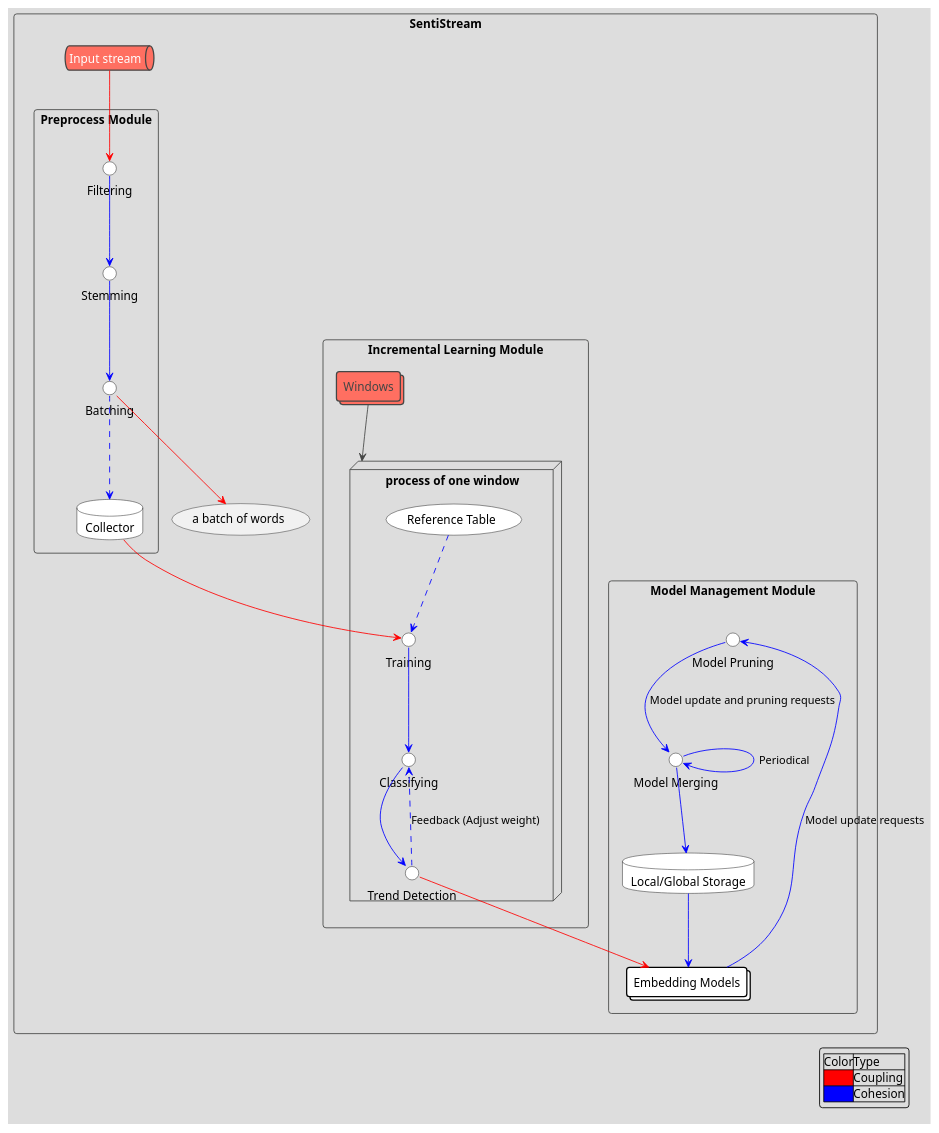
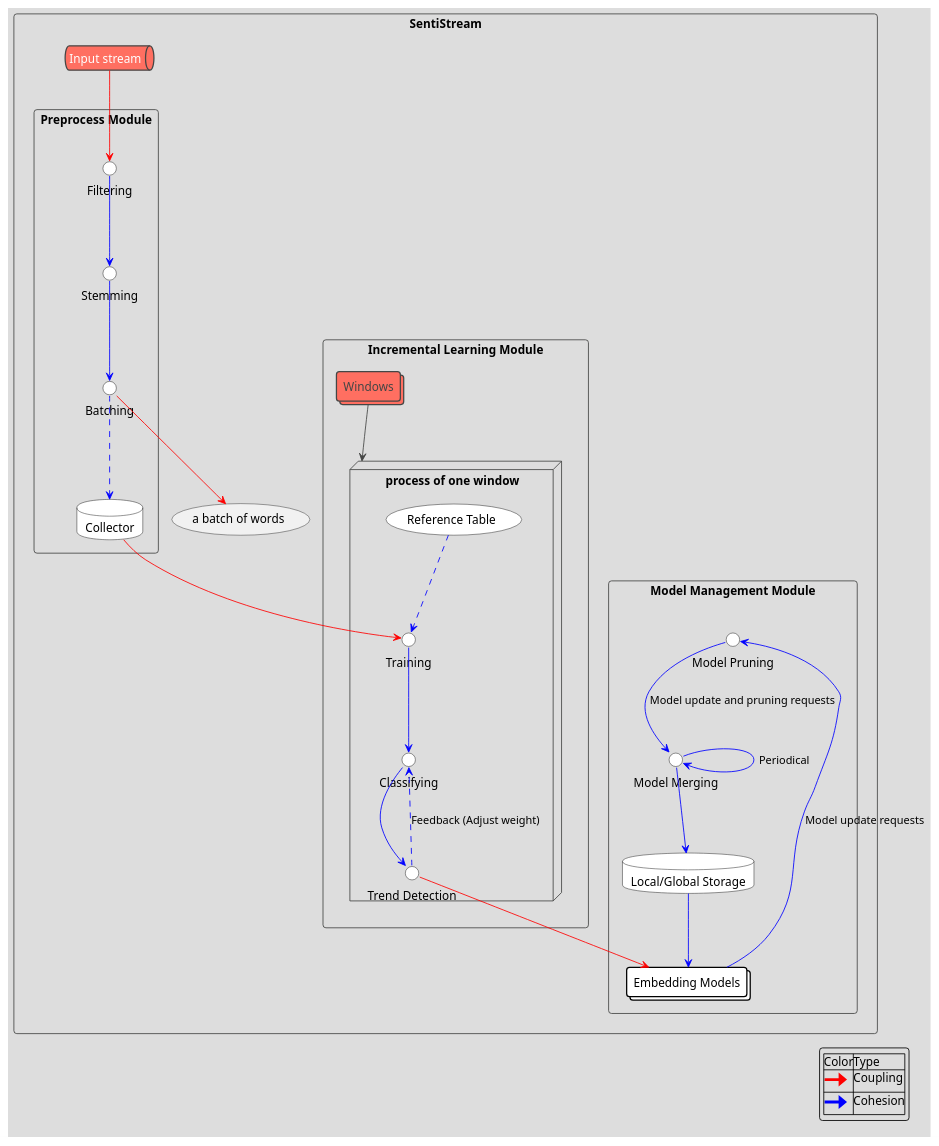
The diagram in Cohort Execises/CE4/Q4.plantuml (IvanFengJK/ESC_Diagrams_Plantuml), drawn with PlantUML before and after one commit. The commit also changed 2 other files, not shown here.

```diff
--- a/Cohort Execises/CE4/Q4.plantuml
+++ b/Cohort Execises/CE4/Q4.plantuml
@@ -1,62 +1,62 @@
 @startuml q4
 !theme toy
 rectangle SentiStream {
 
     queue "Input stream" as inp
     (a batch of words) as batch
     rectangle "Preprocess Module" as 1 {
         circle Filtering as a1 #FFFFFF;line:000000;text:000000
         circle Stemming as a2 #FFFFFF;line:000000;text:000000
         circle Batching as a3 #FFFFFF;line:000000;text:000000
         database Collector as a4 #FFFFFF;line:000000;text:000000
 
         inp -[#red]-> a1
         a1 -[#blue]-> a2
         a2 -[#blue]-> a3
         a3 -[#red]-> batch
         a3 .[#blue].> a4
 
     }
 
     rectangle "Incremental Learning Module" as 2 {
         collections Windows 
         
         node "process of one window" as 1win {
             circle Training as b1 #FFFFFF;line:000000;text:000000
             usecase "Reference Table" as b2 #FFFFFF;line:000000;text:000000
             circle Classifying as b3 #FFFFFF;line:000000;text:000000
             circle "Trend Detection" as b4 #FFFFFF;line:000000;text:000000
 
             b2 .[#blue].> b1
             b1 -[#blue]-> b3
             b3 -[#blue]-> b4
             b4 .[#blue].> b3 : Feedback (Adjust weight)
 
 
         }
         Windows --> 1win
         
         
         a4 -[#red]-> b1
     }
     rectangle "Model Management Module" as 3 {
         circle "Model Pruning" as c1 #FFFFFF;line:000000;text:000000
         circle "Model Merging" as c2 #FFFFFF;line:000000;text:000000
         database "Local/Global Storage" as c3 #FFFFFF;line:000000;text:000000
         collections "Embedding Models" as c4 #FFFFFF;line:000000;text:000000
         
         c4 -[#blue]-> c1 : Model update requests
         c1 -[#blue]-> c2 : Model update and pruning requests
         c2 -[#blue]-> c2 : Periodical
         c2 -[#blue]-> c3 
         c3 -[#blue]-> c4
         b4 -[#red]-> c4
     }
 }
 legend right
 	|Color|Type|
-	|<#ff0000>|Coupling|
-	|<#0000ff>|Cohesion|
+	|<color:red><size:40><&arrow-right></size></color>|Coupling|
+	|<color:blue><size:40><&arrow-right></size></color>|Cohesion|
 endlegend
 
 @enduml
```
